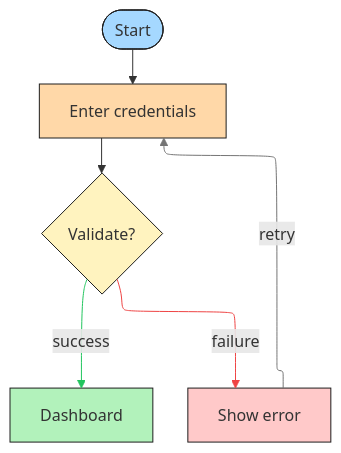
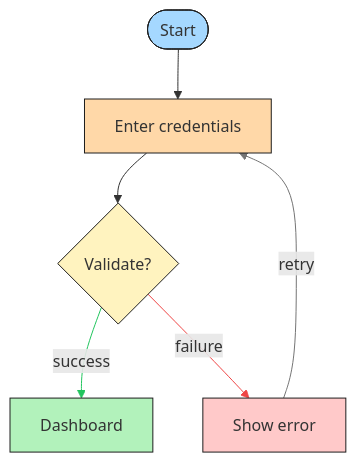
The first of 4 diagrams in docs/diagrams-comparison/index.mdx (esciara/gascity), drawn with Mermaid before and after one commit. The commit also changed other lines of this file, not shown here.

First line of the commit message:
docs(diagrams): remove ELK renderer — breaks Mermaid flowcharts with subgraphs

````diff
--- a/docs/diagrams-comparison/index.mdx
+++ b/docs/diagrams-comparison/index.mdx
@@ -20,19 +20,18 @@
 ```mermaid
-%%{init: {'flowchart': {'defaultRenderer': 'elk'}}}%%
 flowchart TD
   start([Start]) --> creds[Enter credentials]
   creds --> validate{Validate?}
   validate -- success --> dashboard[Dashboard]
   validate -- failure --> error[Show error]
   error -- retry --> creds
 
   style start fill:#a5d8ff,stroke:#1e1e1e
   style creds fill:#ffd8a8,stroke:#1e1e1e
   style validate fill:#fff3bf,stroke:#1e1e1e
   style dashboard fill:#b2f2bb,stroke:#1e1e1e
   style error fill:#ffc9c9,stroke:#1e1e1e
 
   linkStyle 2 stroke:#22c55e
   linkStyle 3 stroke:#ef4444
   linkStyle 4 stroke:#757575
 ```
````
